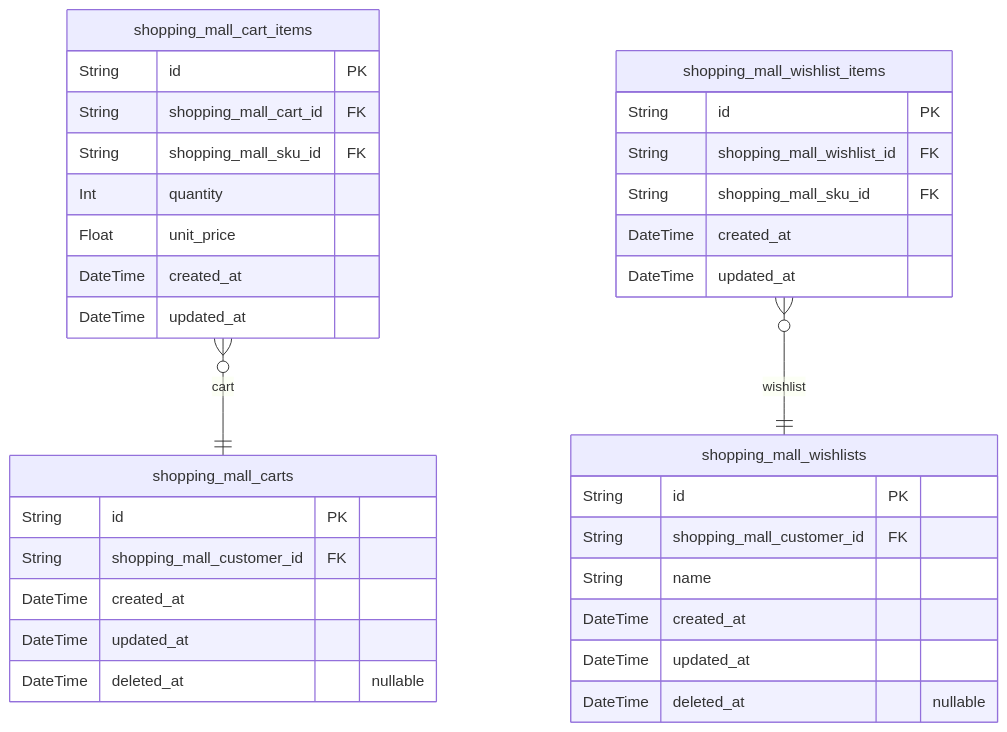
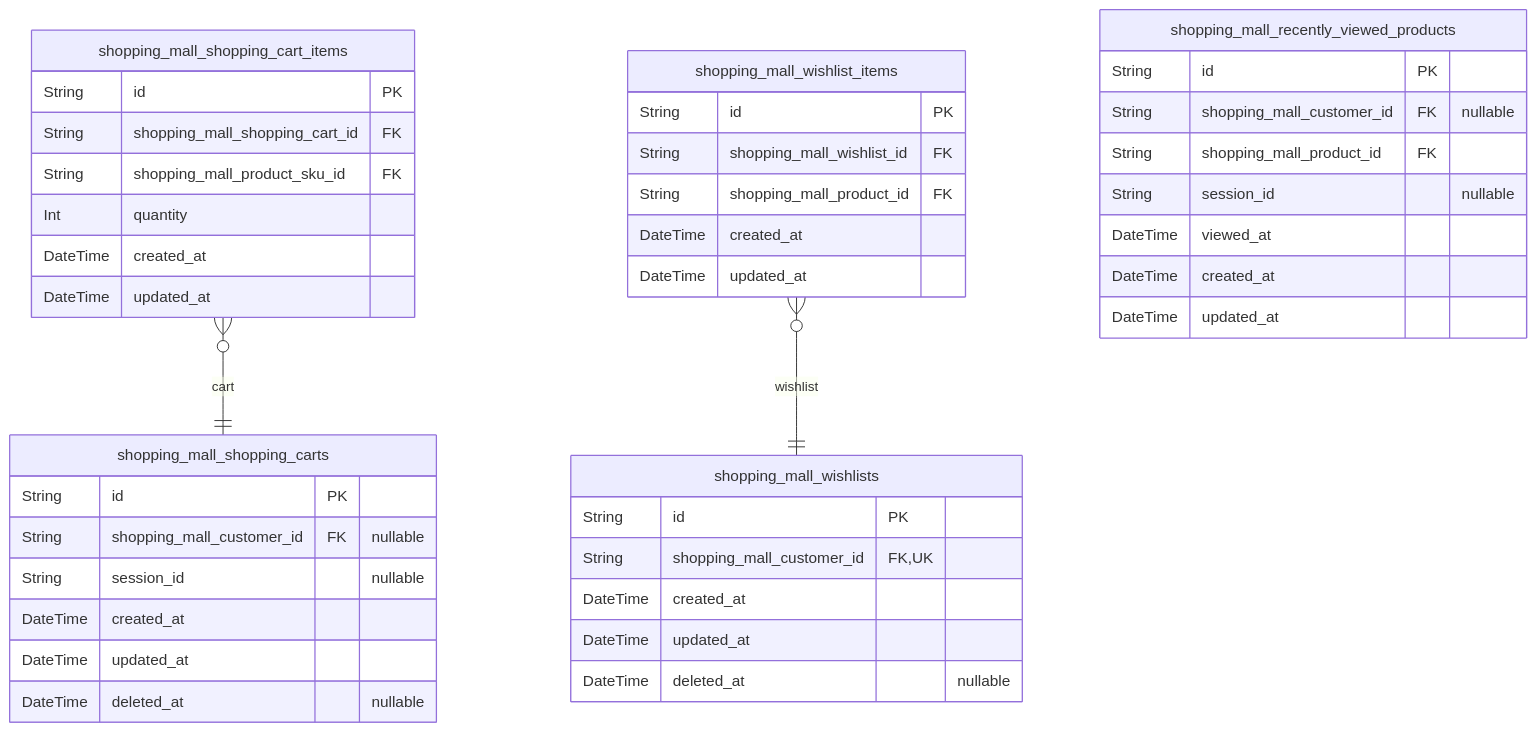
One commit to wrtnlabs/autobe-examples changed the fourth of 10 diagrams in anthropic/claude-sonnet-4.5/shopping/docs/ERD.md. Above: the diagram before and after it, drawn with Mermaid. The commit also changed other lines of this file and 16146 other files, not shown here.

````diff
--- a/anthropic/claude-sonnet-4.5/shopping/docs/ERD.md
+++ b/anthropic/claude-sonnet-4.5/shopping/docs/ERD.md
@@ -1086,36 +913,44 @@
 ```mermaid
 erDiagram
-"shopping_mall_carts" {
+"shopping_mall_shopping_carts" {
   String id PK
-  String shopping_mall_customer_id FK
+  String shopping_mall_customer_id FK "nullable"
+  String session_id "nullable"
   DateTime created_at
   DateTime updated_at
   DateTime deleted_at "nullable"
 }
-"shopping_mall_cart_items" {
+"shopping_mall_shopping_cart_items" {
   String id PK
-  String shopping_mall_cart_id FK
-  String shopping_mall_sku_id FK
+  String shopping_mall_shopping_cart_id FK
+  String shopping_mall_product_sku_id FK
   Int quantity
-  Float unit_price
   DateTime created_at
   DateTime updated_at
 }
 "shopping_mall_wishlists" {
   String id PK
-  String shopping_mall_customer_id FK
-  String name
+  String shopping_mall_customer_id FK,UK
   DateTime created_at
   DateTime updated_at
   DateTime deleted_at "nullable"
 }
 "shopping_mall_wishlist_items" {
   String id PK
   String shopping_mall_wishlist_id FK
-  String shopping_mall_sku_id FK
+  String shopping_mall_product_id FK
   DateTime created_at
   DateTime updated_at
 }
-"shopping_mall_cart_items" }o--|| "shopping_mall_carts" : cart
+"shopping_mall_recently_viewed_products" {
+  String id PK
+  String shopping_mall_customer_id FK "nullable"
+  String shopping_mall_product_id FK
+  String session_id "nullable"
+  DateTime viewed_at
+  DateTime created_at
+  DateTime updated_at
+}
+"shopping_mall_shopping_cart_items" }o--|| "shopping_mall_shopping_carts" : cart
 "shopping_mall_wishlist_items" }o--|| "shopping_mall_wishlists" : wishlist
 ```
````
